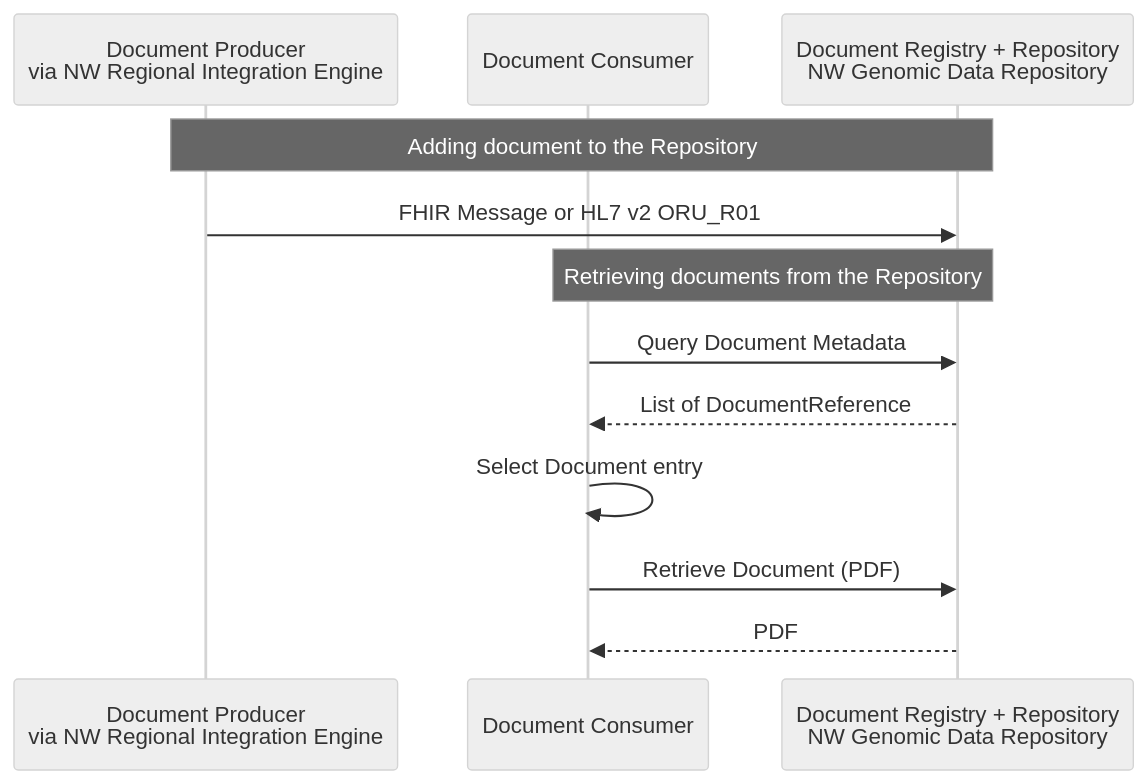
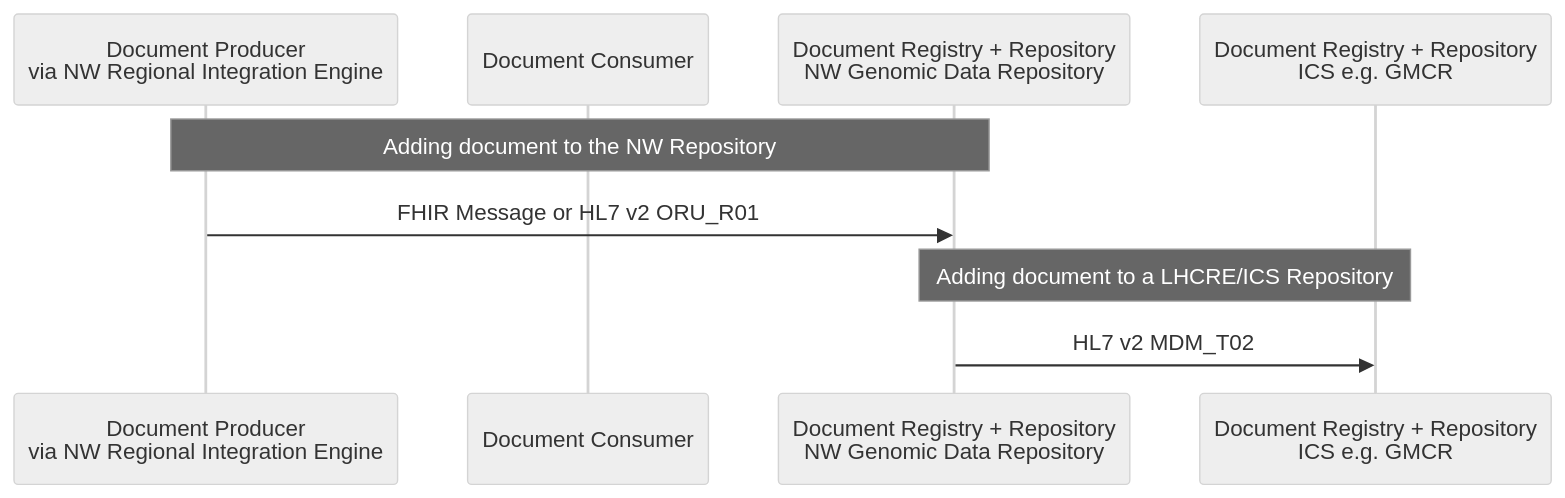
One commit to uk-gov-mirror/nw-gmsa.nw-gmsa.github.com changed the third of 6 diagrams in input/pagecontent/workflow-report-options.md. Above: the diagram before and after it, drawn with Mermaid (neutral theme). The commit also changed other lines of this file, not shown here.

````diff
--- a/input/pagecontent/workflow-report-options.md
+++ b/input/pagecontent/workflow-report-options.md
@@ -38,16 +44,12 @@
 ```mermaid
 sequenceDiagram
     participant Producer As Document Producer<br/>via NW Regional Integration Engine
     participant Consumer As Document Consumer
     participant Repository As Document Registry + Repository<br/>NW Genomic Data Repository
+    participant RepositoryICS As Document Registry + Repository<br/>ICS e.g. GMCR
 
-    Note over Producer,Repository: Adding document to the Repository
-    Producer ->> Repository: FHIR Message or HL7 v2 ORU_R01
-    Note over Consumer,Repository: Retrieving documents from the Repository
-    Consumer ->> Repository: Query Document Metadata
-    Repository -->> Consumer: List of DocumentReference
-    Consumer ->> Consumer: Select Document entry
-    Consumer ->> Repository: Retrieve Document (PDF)
-    
-    Repository -->> Consumer: PDF
+    Note over Producer,Repository: Adding document to the NW Repository
+    Producer ->> Repository: FHIR Message or HL7 v2 ORU_R01 
+    Note over Repository,RepositoryICS: Adding document to a LHCRE/ICS Repository
+    Repository ->> RepositoryICS: HL7 v2 MDM_T02 
 ```
````
